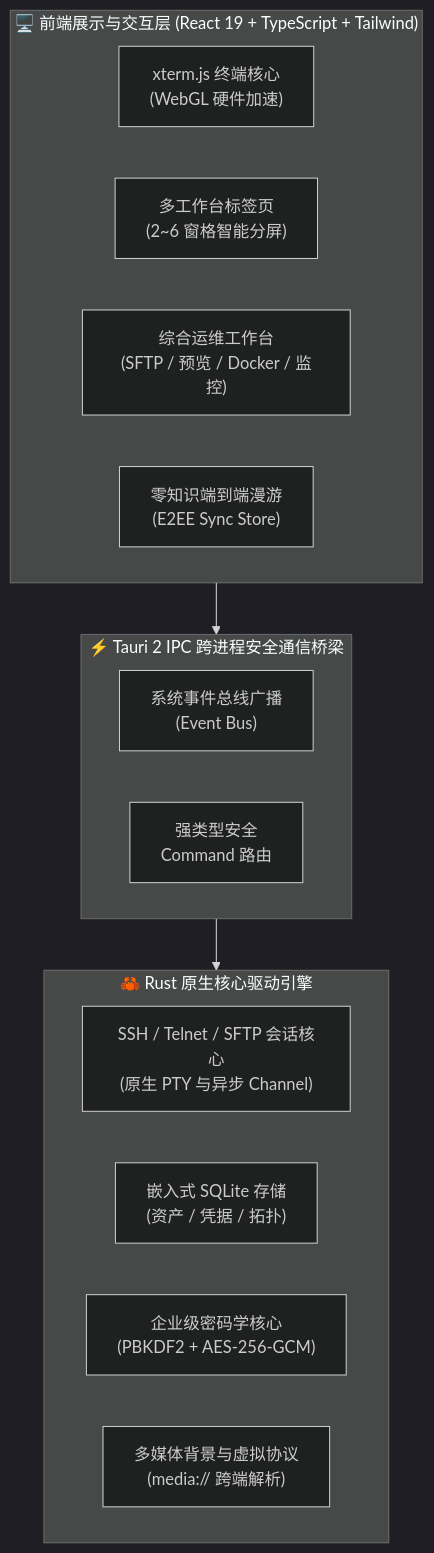
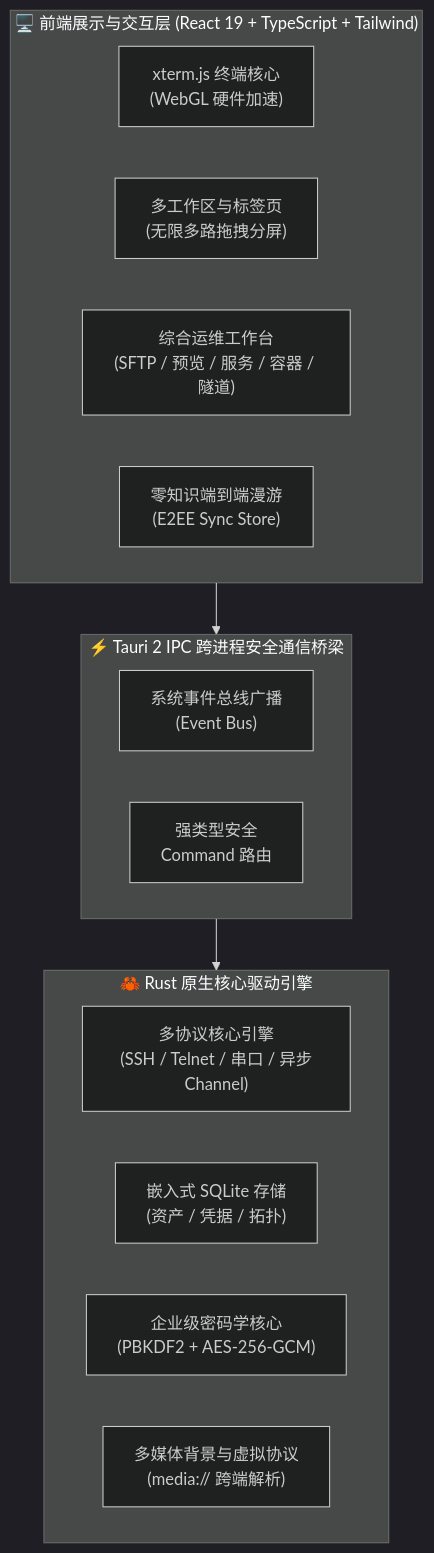
One commit to Tomshushu/Qshell changed the diagram in README.md. Above: the diagram before and after it, drawn with Mermaid (dark theme). The commit also changed other lines of this file, not shown here.

````diff
--- a/README.md
+++ b/README.md
@@ -104,24 +112,24 @@
 ```mermaid
 graph TB
     subgraph UI ["🖥️ 前端展示与交互层 (React 19 + TypeScript + Tailwind)"]
         UI_Terminal["xterm.js 终端核心<br/>(WebGL 硬件加速)"]
-        UI_Workbench["多工作台标签页<br/>(2~6 窗格智能分屏)"]
-        UI_Modules["综合运维工作台<br/>(SFTP / 预览 / Docker / 监控)"]
+        UI_Workbench["多工作区与标签页<br/>(无限多路拖拽分屏)"]
+        UI_Modules["综合运维工作台<br/>(SFTP / 预览 / 服务 / 容器 / 隧道)"]
         UI_Sync["零知识端到端漫游<br/>(E2EE Sync Store)"]
     end
 
     subgraph IPC ["⚡ Tauri 2 IPC 跨进程安全通信桥梁"]
         IPC_Events["系统事件总线广播<br/>(Event Bus)"]
         IPC_Commands["强类型安全<br/>Command 路由"]
     end
 
     subgraph NativeCore ["🦀 Rust 原生核心驱动引擎"]
-        Core_SSH["SSH / Telnet / SFTP 会话核心<br/>(原生 PTY 与异步 Channel)"]
+        Core_SSH["多协议核心引擎<br/>(SSH / Telnet / 串口 / 异步Channel)"]
         Core_DB["嵌入式 SQLite 存储<br/>(资产 / 凭据 / 拓扑)"]
         Core_Crypto["企业级密码学核心<br/>(PBKDF2 + AES-256-GCM)"]
         Core_Media["多媒体背景与虚拟协议<br/>(media:// 跨端解析)"]
     end
 
     UI --> IPC
     IPC --> NativeCore
 ```
````
